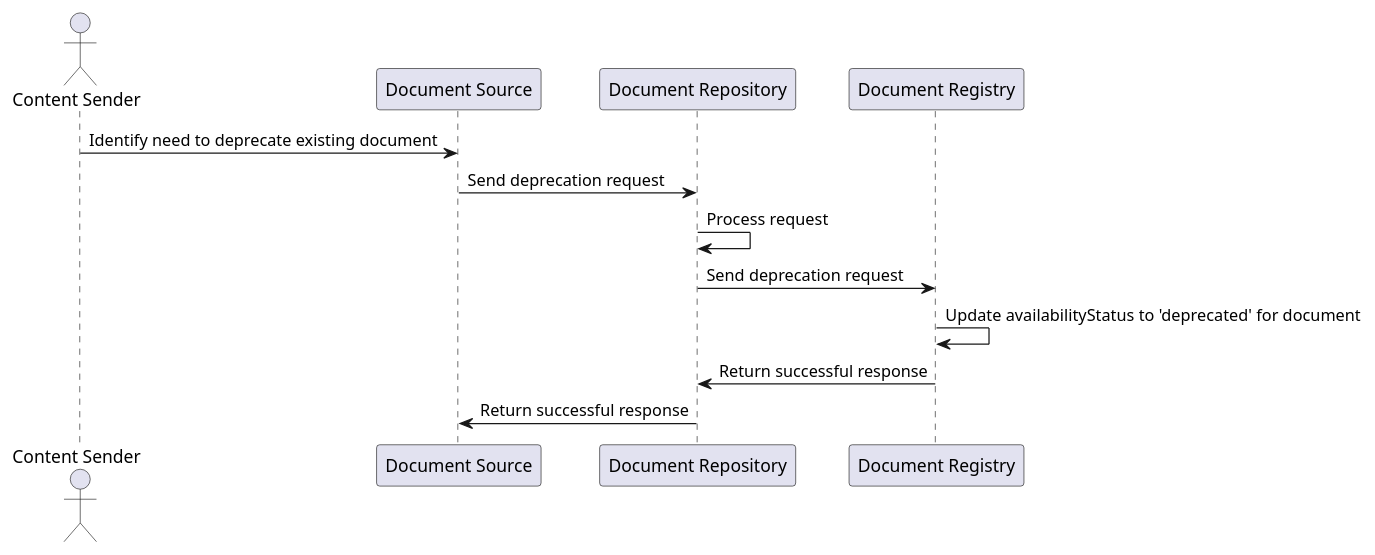
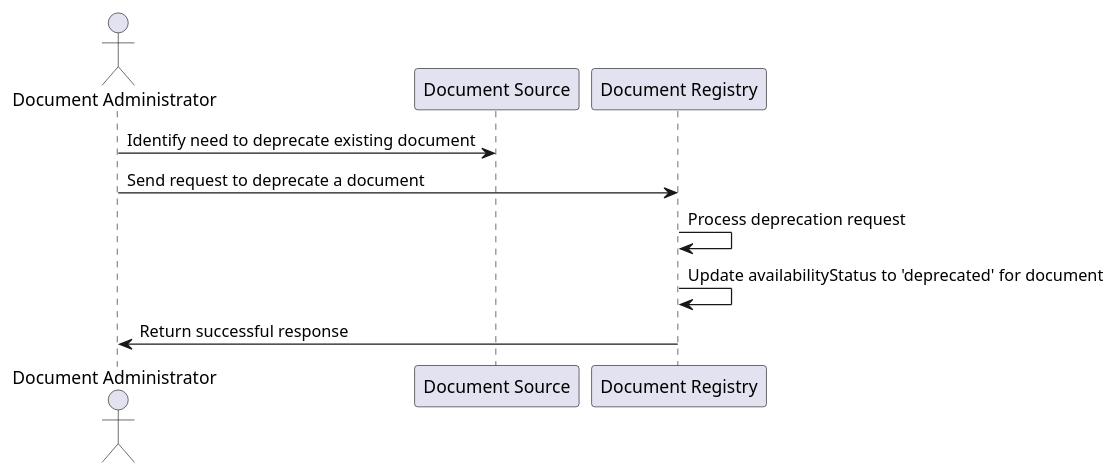
The diagram in puml/sequence-rcanc.puml (medcomdk/dk-medcom-document), drawn with PlantUML before and after one commit. The commit also changed 6 other files, not shown here.

Commit message:
Updated sequence diagrams

```diff
--- a/puml/sequence-rcanc.puml
+++ b/puml/sequence-rcanc.puml
@@ -1,14 +1,11 @@
 @startuml
-actor "Content Sender" as CS
+actor "Document Administrator" as DA
 participant "Document Source" as DS
-participant "Document Repository" as DR
 participant "Document Registry" as DReg
 
-CS -> DS: Identify need to deprecate existing document
-DS -> DR: Send deprecation request
-DR -> DR: Process request
-DR -> DReg: Send deprecation request
+DA -> DS: Identify need to deprecate existing document
+DA -> DReg: Send request to deprecate a document
+DReg -> DReg: Process deprecation request
 DReg -> DReg: Update availabilityStatus to 'deprecated' for document
-DReg -> DR: Return successful response
-DR -> DS: Return successful response
+DReg -> DA: Return successful response
 @enduml
```
